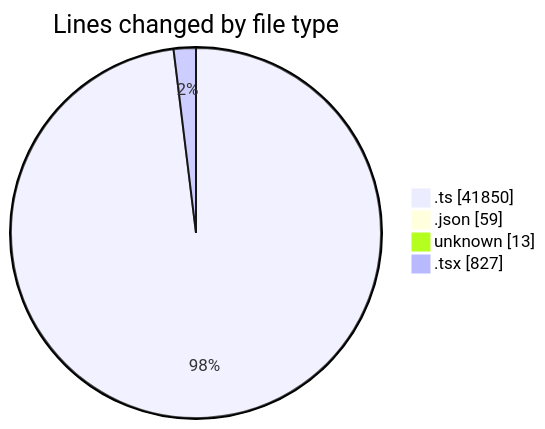
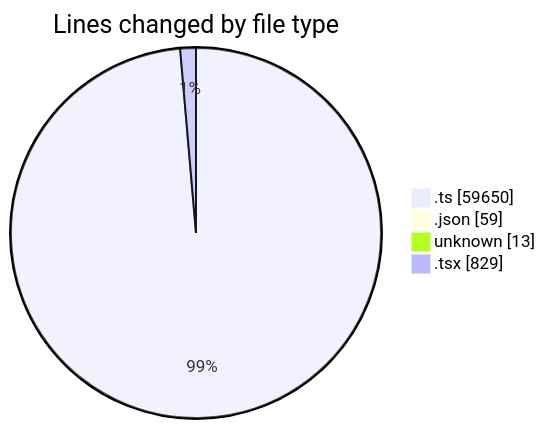
Before and after one commit to momahboobian/code-tracking: the first of 2 diagrams in 2025-09-09/cda/README.md, drawn with Mermaid. The commit also changed other lines of this file and 1 other file, not shown here.

````diff
--- a/2025-09-09/cda/README.md
+++ b/2025-09-09/cda/README.md
@@ -119,8 +120,8 @@
 ```mermaid
 pie showData
 title Lines changed by file type
-".ts" : 41850
+".ts" : 59650
 ".json" : 59
 "unknown" : 13
-".tsx" : 827
+".tsx" : 829
 ```
````
